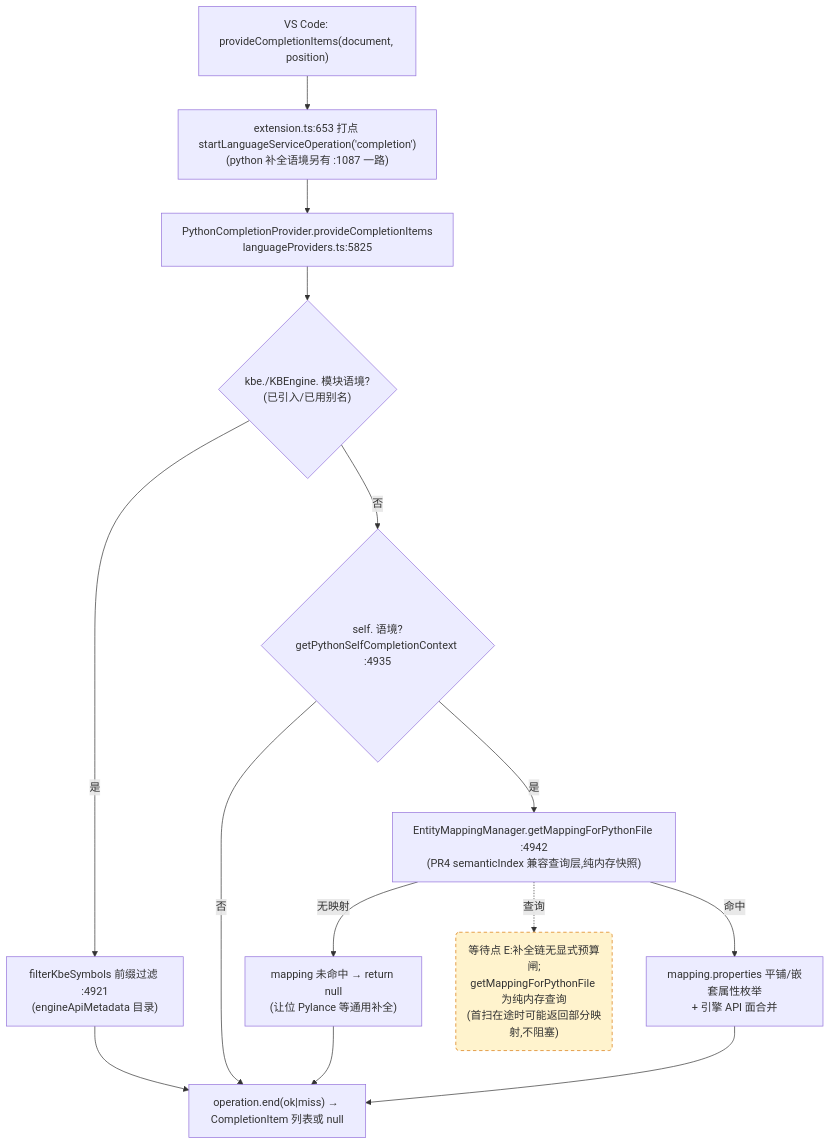
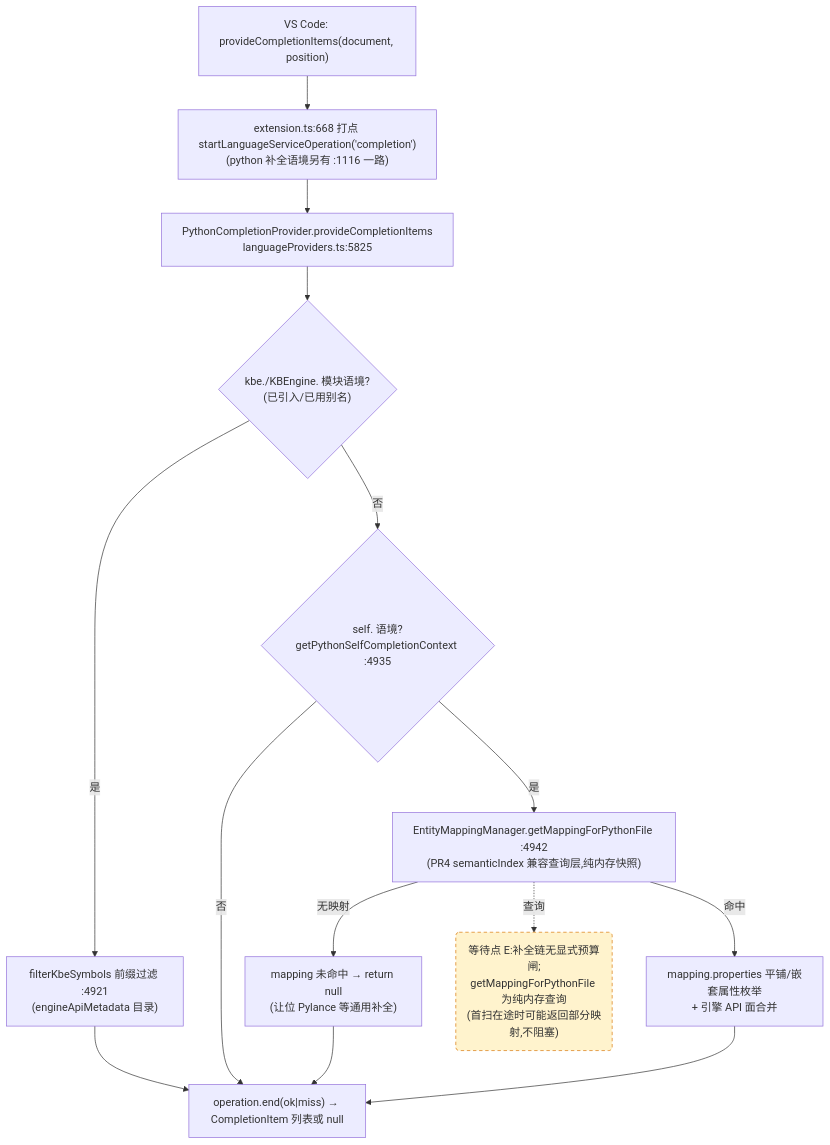
The third of 4 diagrams in docs/perf/2026-baseline.md (cuihairu/kode), drawn with Mermaid before and after one commit. The commit also changed other lines of this file and 12 other files, not shown here.

````diff
--- a/docs/perf/2026-baseline.md
+++ b/docs/perf/2026-baseline.md
@@ -184,27 +184,27 @@
 ```mermaid
 flowchart TD
   VC3["VS Code: provideCompletionItems(document, position)"]
-  M3["extension.ts:653 打点 startLanguageServiceOperation('completion')<br/>(python 补全语境另有 :1087 一路)"]
+  M3["extension.ts:668 打点 startLanguageServiceOperation('completion')<br/>(python 补全语境另有 :1116 一路)"]
   CP["PythonCompletionProvider.provideCompletionItems<br/>languageProviders.ts:5825"]
   KBEC{"kbe./KBEngine. 模块语境?<br/>(已引入/已用别名)"}
   FILTER["filterKbeSymbols 前缀过滤 :4921<br/>(engineApiMetadata 目录)"]
   SELFC{"self. 语境?<br/>getPythonSelfCompletionContext :4935"}
   MAP["EntityMappingManager.getMappingForPythonFile :4942<br/>(PR4 semanticIndex 兼容查询层,纯内存快照)"]
   NOMAP["mapping 未命中 → return null<br/>(让位 Pylance 等通用补全)"]
   PROPS["mapping.properties 平铺/嵌套属性枚举<br/>+ 引擎 API 面合并"]
   END3["operation.end(ok|miss) → CompletionItem 列表或 null"]
 
   VC3 --> M3 --> CP --> KBEC
   KBEC -- "是" --> FILTER --> END3
   KBEC -- "否" --> SELFC
   SELFC -- "否" --> END3
   SELFC -- "是" --> MAP
   MAP -- "无映射" --> NOMAP --> END3
   MAP -- "命中" --> PROPS --> END3
 
   WAITE("等待点 E:补全链无显式预算闸;<br/>getMappingForPythonFile 为纯内存查询<br/>(首扫在途时可能返回部分映射,不阻塞)")
   MAP -.->|查询| WAITE
 
   classDef waitPoint fill:#fff3cd,stroke:#d97706,stroke-dasharray:5 4;
   class WAITE waitPoint;
 ```
````
